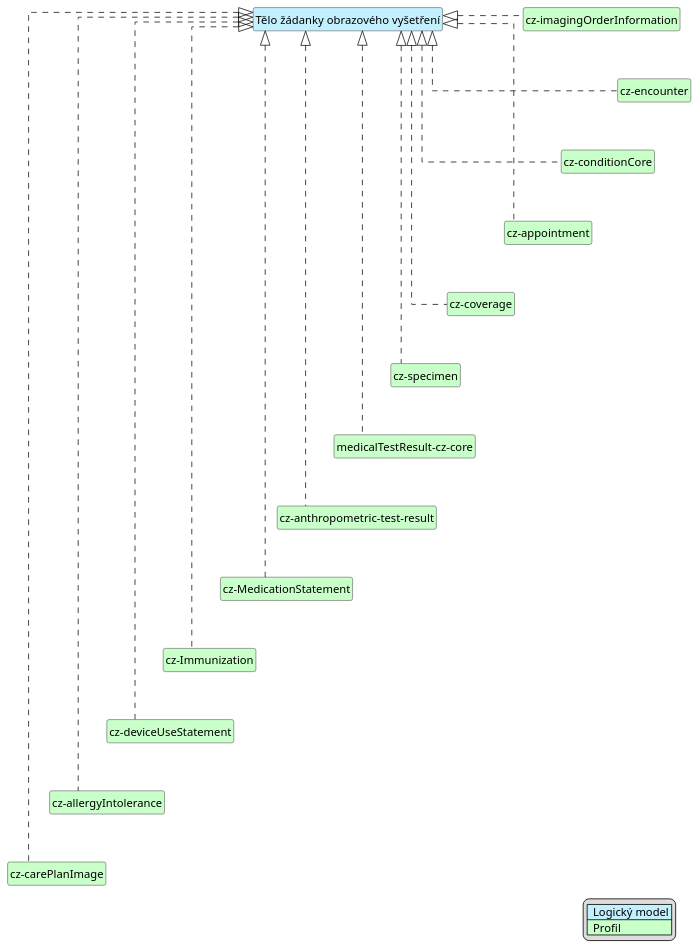
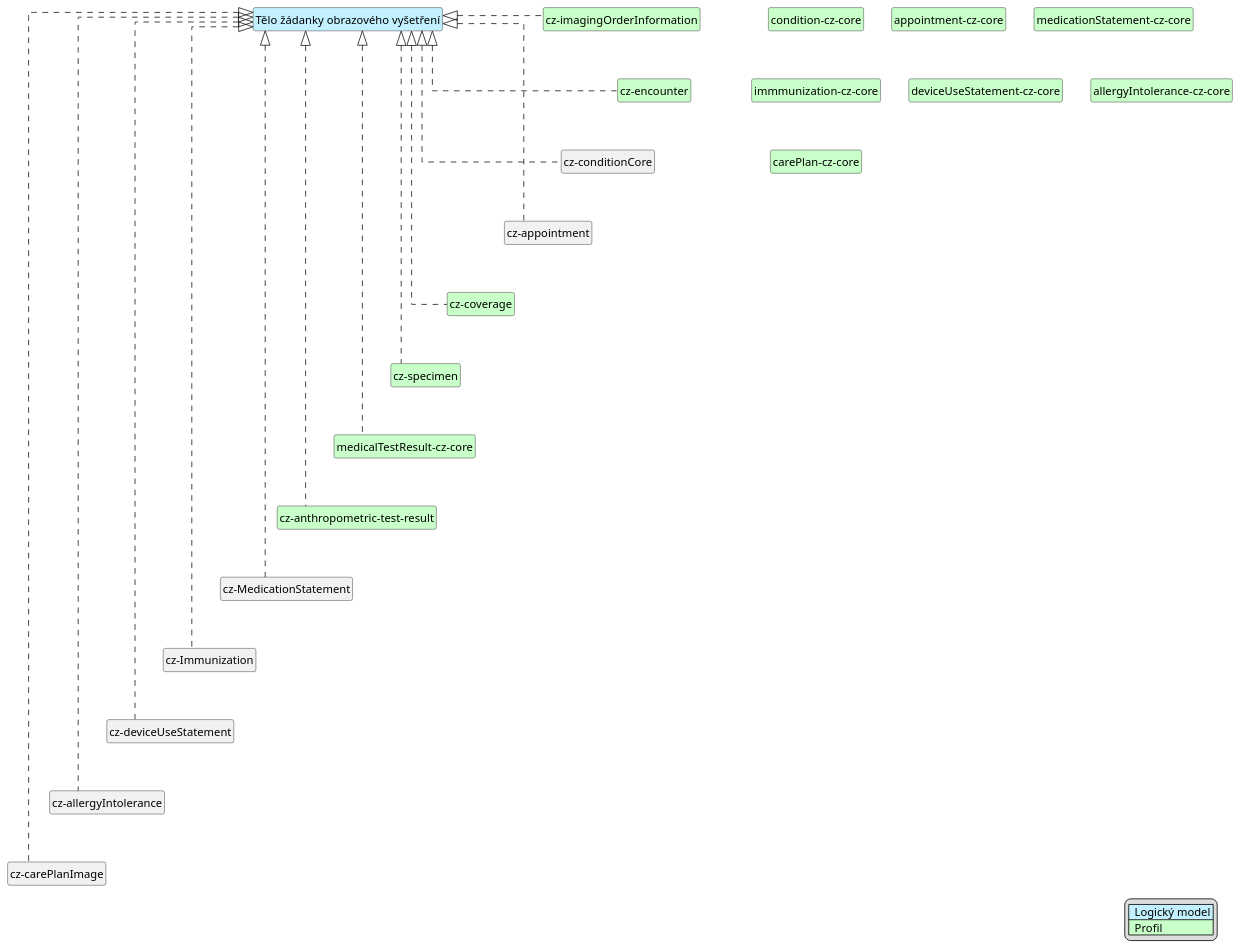
The diagram in input/images-source/imgOrderBody-map-cs.plantuml (HL7-cz/img-order), drawn with PlantUML before and after one commit. The commit also changed 1 other file, not shown here.

Commit message:
Correction of the profile names in the body-map diagram

```diff
--- a/input/images-source/imgOrderBody-map-cs.plantuml
+++ b/input/images-source/imgOrderBody-map-cs.plantuml
@@ -1,58 +1,58 @@
 @startuml
 hide circle
 hide stereotype
 hide members
 hide methods
 skinparam linetype ortho
 skinparam class {
 BackgroundColor<<LogicalModel>> #APPLICATION
 BackgroundColor<<Profile>> #TECHNOLOGY
 }
 legend right
 | <#APPLICATION>  Logický model |
 | <#TECHNOLOGY>  Profil |
 endlegend
 class "Tělo žádanky obrazového vyšetření" <<LogicalModel>> [[StructureDefinition-BodyImageOrderCz.html]]
 
 class "cz-imagingOrderInformation" <<Profile>> [[StructureDefinition-cz-imagingOrderInformation.html]]
-class "cz-conditionCore" <<Profile>> [[https://hl7.cz/fhir/core/StructureDefinition-condition-cz-core.html]]
+class "condition-cz-core" <<Profile>> [[https://hl7.cz/fhir/core/StructureDefinition-condition-cz-core.html]]
 class "cz-encounter" <<Profile>> [[https://hl7.cz/fhir/core/StructureDefinition-cz-encounter.html]]
 class "cz-coverage" <<Profile>> [[https://hl7.cz/fhir/core/StructureDefinition-cz-coverage.html]]
-class "cz-appointment" <<Profile>> [[https://hl7.cz/fhir/core/StructureDefinition-appointment-cz-core.html]]
+class "appointment-cz-core" <<Profile>> [[https://hl7.cz/fhir/core/StructureDefinition-appointment-cz-core.html]]
 class "cz-specimen" <<Profile>> [[https://hl7.cz/fhir/core/StructureDefinition-cz-specimen.html]]
 class "medicalTestResult-cz-core" <<Profile>> [[https://hl7.cz/fhir/core/StructureDefinition-medicalTestResult-cz-core.html]]
 class "cz-anthropometric-test-result" <<Profile>> [[StructureDefinition-cz-anthropometric-test-result.html]]
-class "cz-MedicationStatement" <<Profile>> [[https://hl7.cz/fhir/core/StructureDefinition-medicationStatement-cz-core.html]]
-class "cz-Immunization" <<Profile>> [[https://hl7.cz/fhir/core/StructureDefinition-immunization-cz-core.html]]
-class "cz-deviceUseStatement" <<Profile>> [[https://hl7.cz/fhir/core/StructureDefinition-deviceUseStatement-cz-core.html]]
-class "cz-allergyIntolerance" <<Profile>> [[https://hl7.cz/fhir/core/StructureDefinition-allergyIntolerance-cz-core.html]]
-class "cz-carePlanImage" <<Profile>> [[https://hl7.cz/fhir/core/StructureDefinition-carePlan-cz-core.html]]
+class "medicationStatement-cz-core" <<Profile>> [[https://hl7.cz/fhir/core/StructureDefinition-medicationStatement-cz-core.html]]
+class "immmunization-cz-core" <<Profile>> [[https://hl7.cz/fhir/core/StructureDefinition-immunization-cz-core.html]]
+class "deviceUseStatement-cz-core" <<Profile>> [[https://hl7.cz/fhir/core/StructureDefinition-deviceUseStatement-cz-core.html]]
+class "allergyIntolerance-cz-core" <<Profile>> [[https://hl7.cz/fhir/core/StructureDefinition-allergyIntolerance-cz-core.html]]
+class "carePlan-cz-core" <<Profile>> [[https://hl7.cz/fhir/core/StructureDefinition-carePlan-cz-core.html]]
 
 "Tělo žádanky obrazového vyšetření" <|. "cz-imagingOrderInformation"
 "Tělo žádanky obrazového vyšetření" <|. "cz-appointment"
 "Tělo žádanky obrazového vyšetření" <|. "cz-coverage"
 "Tělo žádanky obrazového vyšetření" <|. "cz-conditionCore"
 "Tělo žádanky obrazového vyšetření" <|. "cz-encounter"
 "Tělo žádanky obrazového vyšetření" <|. "cz-specimen"
 "Tělo žádanky obrazového vyšetření" <|. "medicalTestResult-cz-core"
 "Tělo žádanky obrazového vyšetření" <|. "cz-anthropometric-test-result"
 "Tělo žádanky obrazového vyšetření" <|. "cz-MedicationStatement"
 "Tělo žádanky obrazového vyšetření" <|. "cz-Immunization"
 "Tělo žádanky obrazového vyšetření" <|. "cz-deviceUseStatement"
 "Tělo žádanky obrazového vyšetření" <|. "cz-allergyIntolerance"
 "Tělo žádanky obrazového vyšetření" <|. "cz-carePlanImage"
 
 "cz-imagingOrderInformation" -d[hidden]-> "cz-encounter"
 "cz-encounter" -d[hidden]-> "cz-conditionCore"
 "cz-conditionCore" -d[hidden]-> "cz-appointment"
 "cz-appointment" -d[hidden]-> "cz-coverage"
 "cz-coverage" -d[hidden]-> "cz-specimen"
 "cz-specimen" -d[hidden]-> "medicalTestResult-cz-core"
 "medicalTestResult-cz-core" -d[hidden]-> "cz-anthropometric-test-result"
 "cz-anthropometric-test-result" -d[hidden]-> "cz-MedicationStatement"
 "cz-MedicationStatement" -d[hidden]-> "cz-Immunization"
 "cz-Immunization" -d[hidden]-> "cz-deviceUseStatement"
 "cz-deviceUseStatement" -d[hidden]-> "cz-allergyIntolerance"
 "cz-allergyIntolerance" -d[hidden]-> "cz-carePlanImage"
 
 @enduml
```
